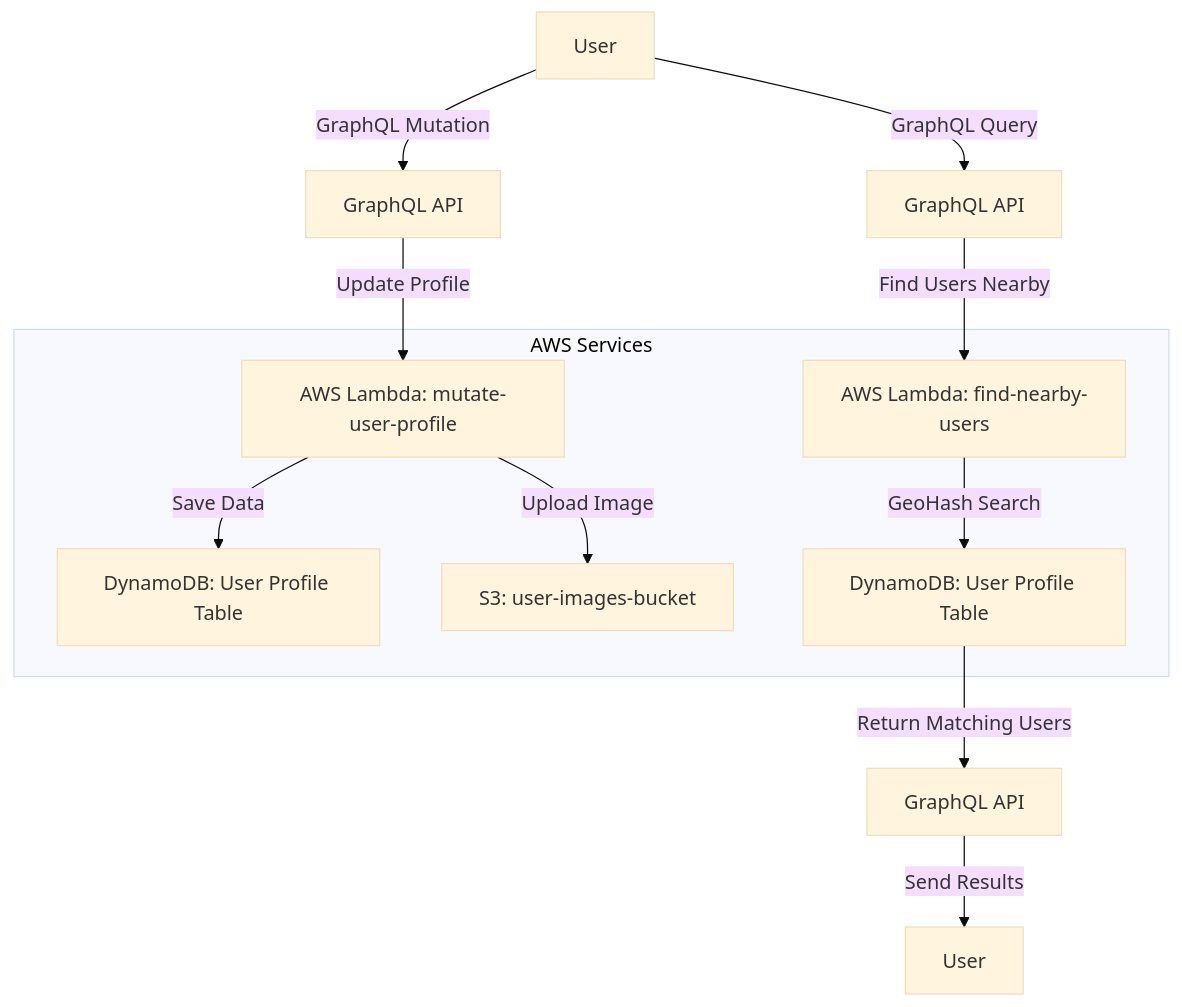
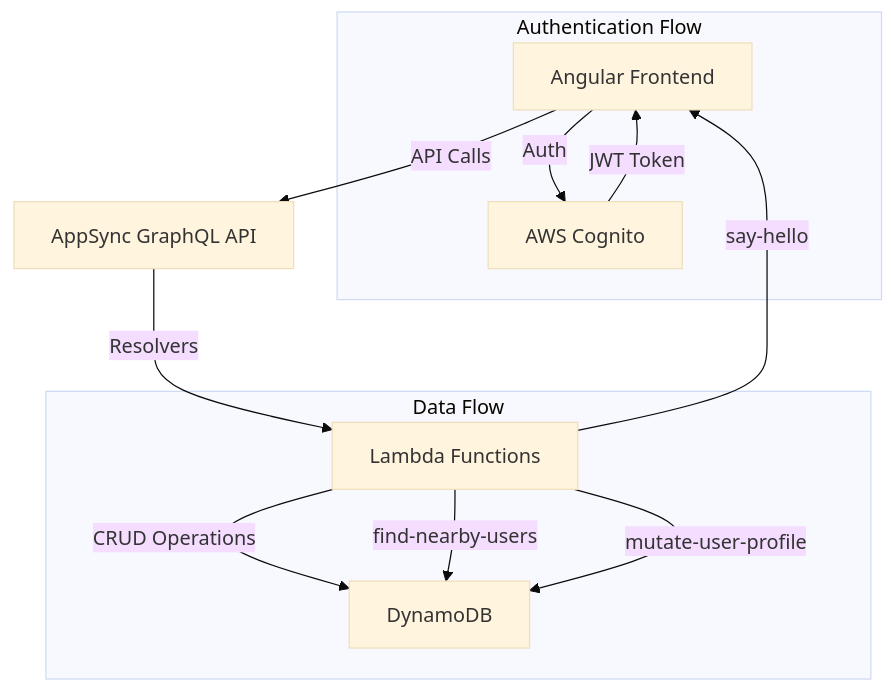
The first of 11 diagrams in README.md (guy16510/angular-get-local-friends), drawn with Mermaid (base theme) before and after one commit. The commit also changed other lines of this file, not shown here.

````diff
--- a/README.md
+++ b/README.md
@@ -19,21 +22,17 @@
 ```mermaid
-graph TD;
-    A[User] -->|GraphQL Mutation| B[GraphQL API];
-    B -->|Update Profile| C[AWS Lambda: mutate-user-profile];
-    C -->|Save Data| D[DynamoDB: User Profile Table];
-    C -->|Upload Image| E[S3: user-images-bucket];
-
-    A -->|GraphQL Query| F[GraphQL API];
-    F -->|Find Users Nearby| G[AWS Lambda: find-nearby-users];
-    G -->|GeoHash Search| H[DynamoDB: User Profile Table];
-    H -->|Return Matching Users| I[GraphQL API];
-    I -->|Send Results| J[User];
-
-    subgraph AWS Services
-        C;
-        D;
-        E;
-        G;
-        H;
+graph TD
+    A[Angular Frontend] -->|Auth| B[AWS Cognito]
+    A -->|API Calls| C[AppSync GraphQL API]
+    C -->|Resolvers| D[Lambda Functions]
+    D -->|CRUD Operations| E[DynamoDB]
+    
+    subgraph "Authentication Flow"
+        B -->|JWT Token| A
+    end
+    
+    subgraph "Data Flow"
+        D -->|find-nearby-users| E
+        D -->|mutate-user-profile| E
+        D -->|say-hello| A
     end
 ```
````
